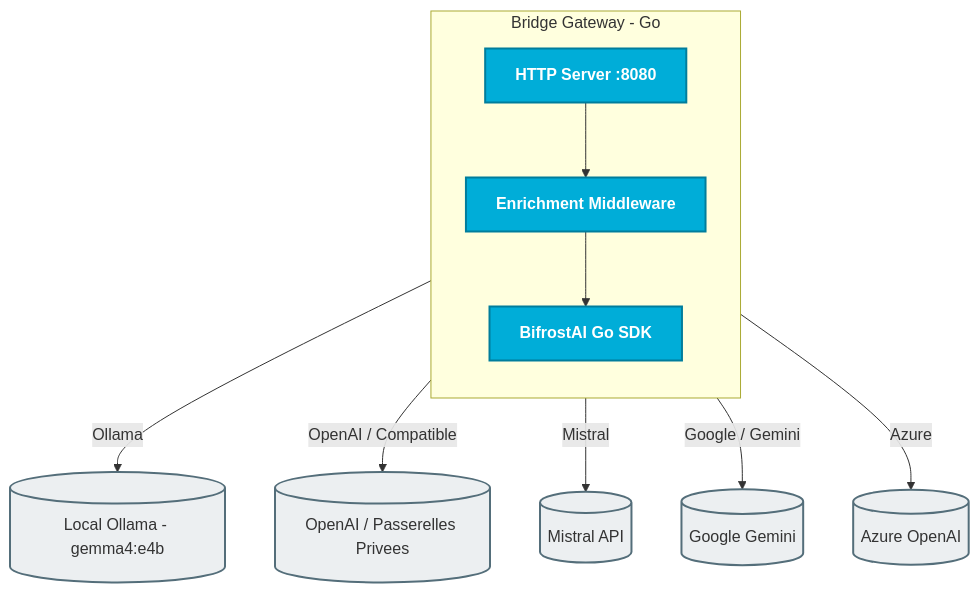
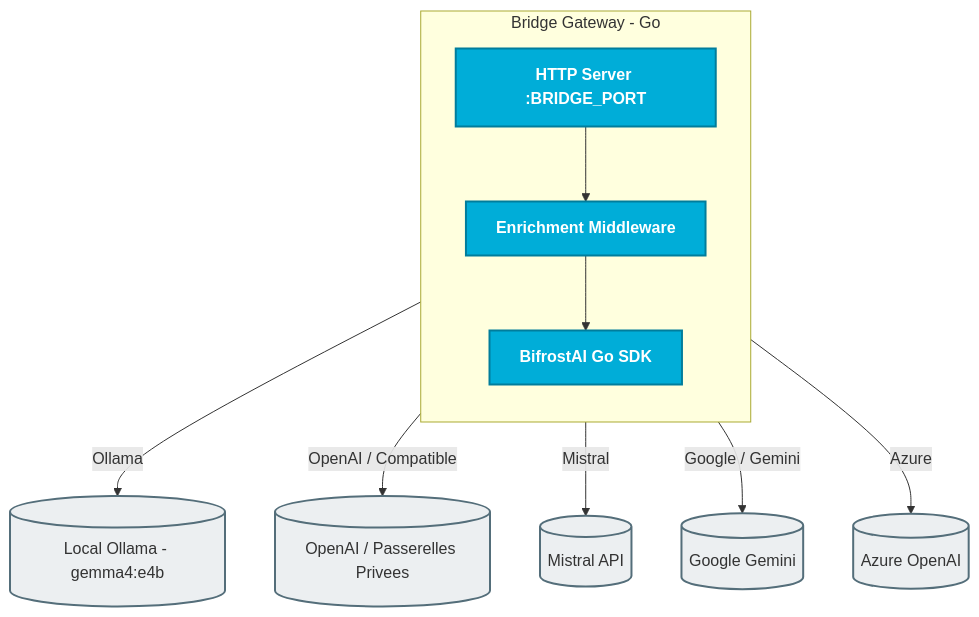
One commit to fanama/bifrost-gateway changed the diagram in README.md. Above: the diagram before and after it, drawn with Mermaid. The commit also changed other lines of this file and 7 other files, not shown here.

````diff
--- a/README.md
+++ b/README.md
@@ -29,19 +29,19 @@
 ```mermaid
 flowchart TD
     subgraph GoApp [Bridge Gateway - Go]
         direction TB
-        HTTP[HTTP Server :8080] --> MW[Enrichment Middleware]
+        HTTP[HTTP Server :BRIDGE_PORT] --> MW[Enrichment Middleware]
         MW --> BifrostSDK[BifrostAI Go SDK]
     end
 
     BifrostSDK -->|Ollama| Ollama[(Local Ollama - gemma4:e4b)]
     BifrostSDK -->|OpenAI / Compatible| OpenAI[(OpenAI / Passerelles Privees)]
     BifrostSDK -->|Mistral| Mistral[(Mistral API)]
     BifrostSDK -->|Google / Gemini| Google[(Google Gemini)]
     BifrostSDK -->|Azure| Azure[(Azure OpenAI)]
 
     classDef goStyle fill:#00ADD8,stroke:#007D9C,stroke-width:2px,color:#fff,font-weight:bold;
     classDef extStyle fill:#ECEFF1,stroke:#546E7A,stroke-width:2px;
     class HTTP,MW,BifrostSDK goStyle;
     class Ollama,OpenAI,Mistral,Google,Azure extStyle;
 ```
````
